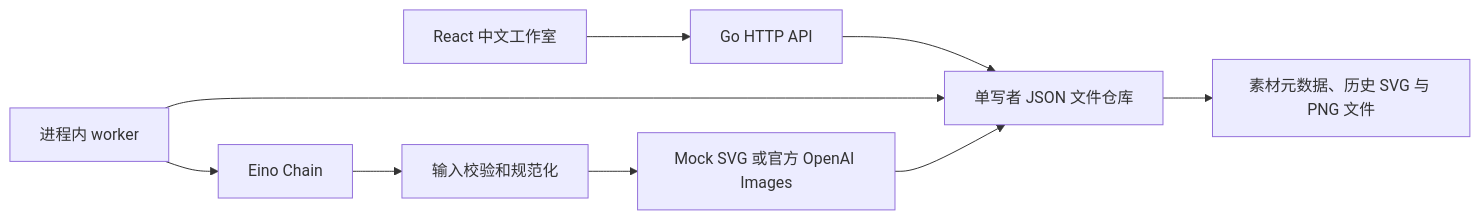
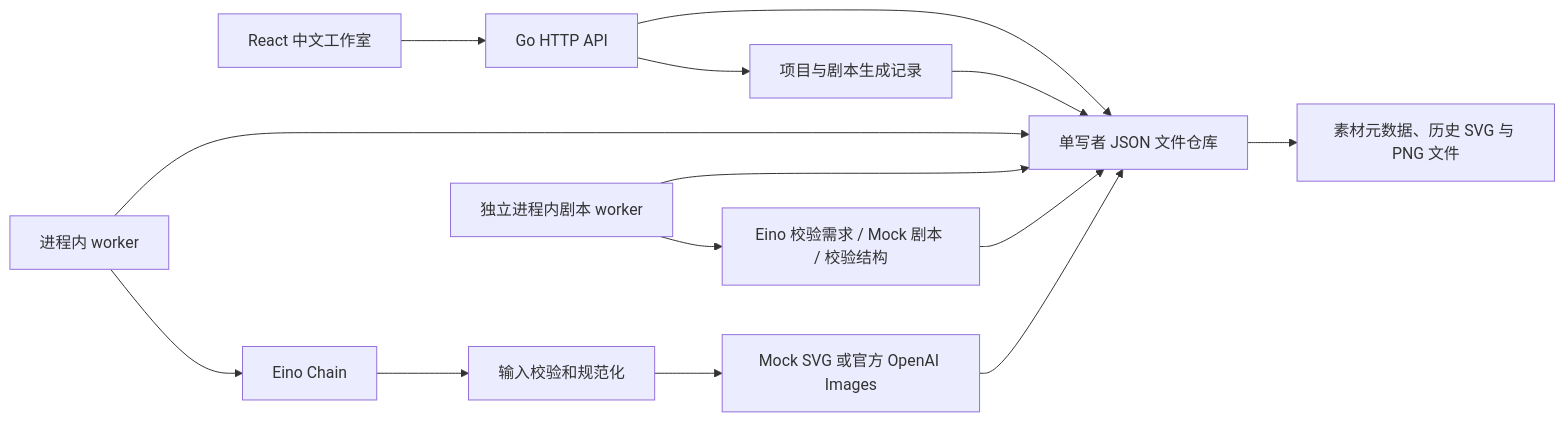
Before and after one commit to adcwb/ai-creative-studio: the diagram in docs/architecture.md, drawn with Mermaid. The commit also changed other lines of this file and 44 other files, not shown here.

````diff
--- a/docs/architecture.md
+++ b/docs/architecture.md
@@ -7,11 +7,16 @@
 ```mermaid
 flowchart LR
   UI[React 中文工作室] --> API[Go HTTP API]
   API --> Store[单写者 JSON 文件仓库]
   Worker[进程内 worker] --> Store
   Worker --> Eino[Eino Chain]
   Eino --> Normalize[输入校验和规范化]
   Normalize --> Provider[Mock SVG 或官方 OpenAI Images]
   Provider --> Store
   Store --> Assets[素材元数据、历史 SVG 与 PNG 文件]
+  API --> Projects[项目与剧本生成记录]
+  Projects --> Store
+  ScriptWorker[独立进程内剧本 worker] --> Store
+  ScriptWorker --> ScriptChain[Eino 校验需求 / Mock 剧本 / 校验结构]
+  ScriptChain --> Store
 ```
````
